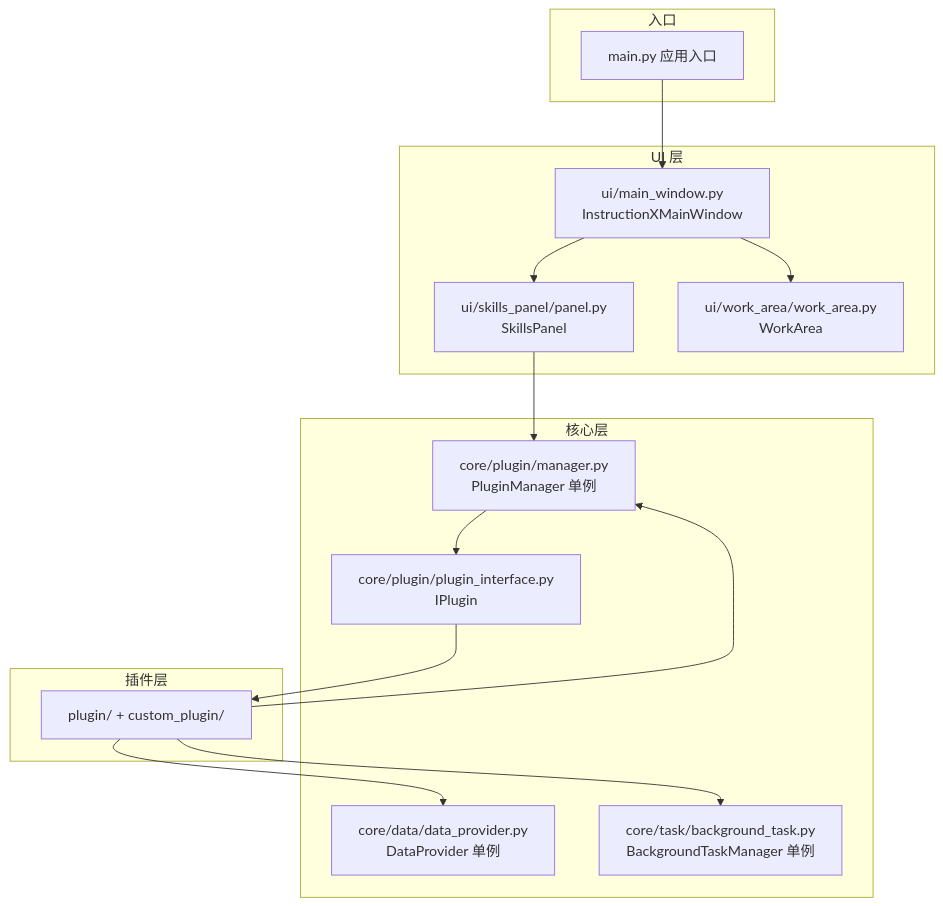
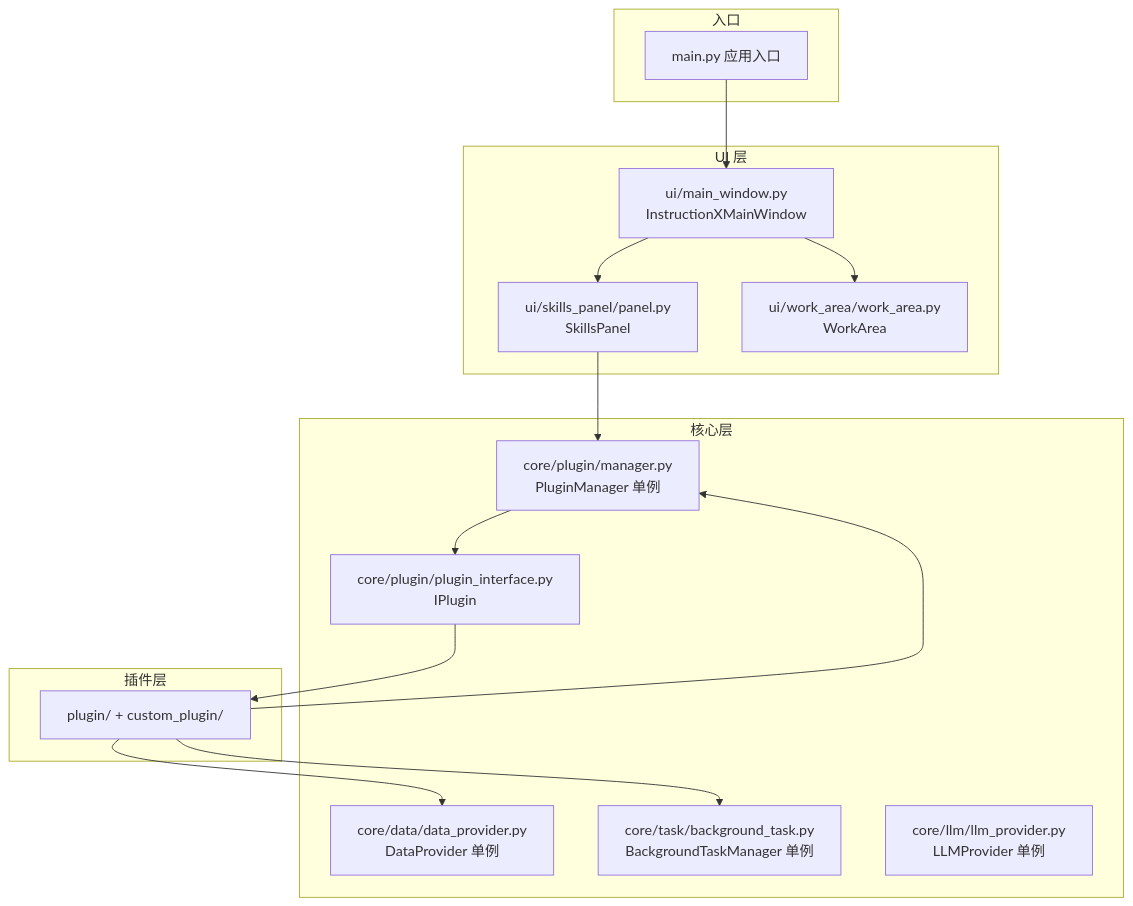
One commit to KKPIP-Tech/InstructionX changed the first of 5 diagrams in docs/architecture/module-dependencies.md. Above: the diagram before and after it, drawn with Mermaid. The commit also changed other lines of this file and 21 other files, not shown here.

First line of the commit message:
feat(llm): 新增 LLM Provider 多提供商管理模块

````diff
--- a/docs/architecture/module-dependencies.md
+++ b/docs/architecture/module-dependencies.md
@@ -9,33 +9,34 @@
 ```mermaid
 graph TB
     subgraph Entry["入口"]
         MAIN[main.py 应用入口]
     end
 
     subgraph UI["UI 层"]
         MW[ui/main_window.py<br/>InstructionXMainWindow]
         SP[ui/skills_panel/panel.py<br/>SkillsPanel]
         WA[ui/work_area/work_area.py<br/>WorkArea]
     end
 
     subgraph Core["核心层"]
         PM[core/plugin/manager.py<br/>PluginManager 单例]
         DP[core/data/data_provider.py<br/>DataProvider 单例]
         BTM[core/task/background_task.py<br/>BackgroundTaskManager 单例]
+        LLM[core/llm/llm_provider.py<br/>LLMProvider 单例]
         IPlugin[core/plugin/plugin_interface.py<br/>IPlugin]
     end
 
     subgraph Plugins["插件层"]
         PLUGIN[plugin/ + custom_plugin/]
     end
 
     MAIN --> MW
     MW --> SP
     MW --> WA
     SP --> PM
     PM --> IPlugin
     IPlugin --> PLUGIN
     PLUGIN --> PM
     PLUGIN --> DP
     PLUGIN --> BTM
 ```
````
